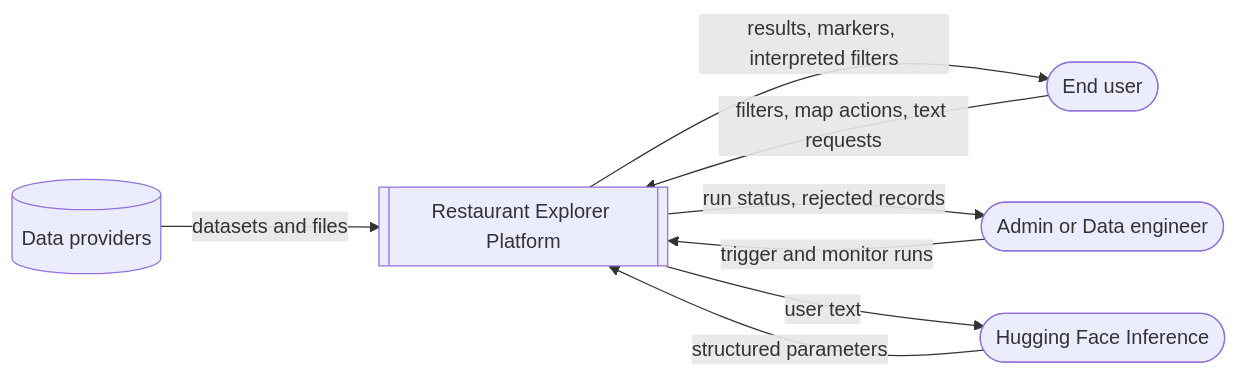
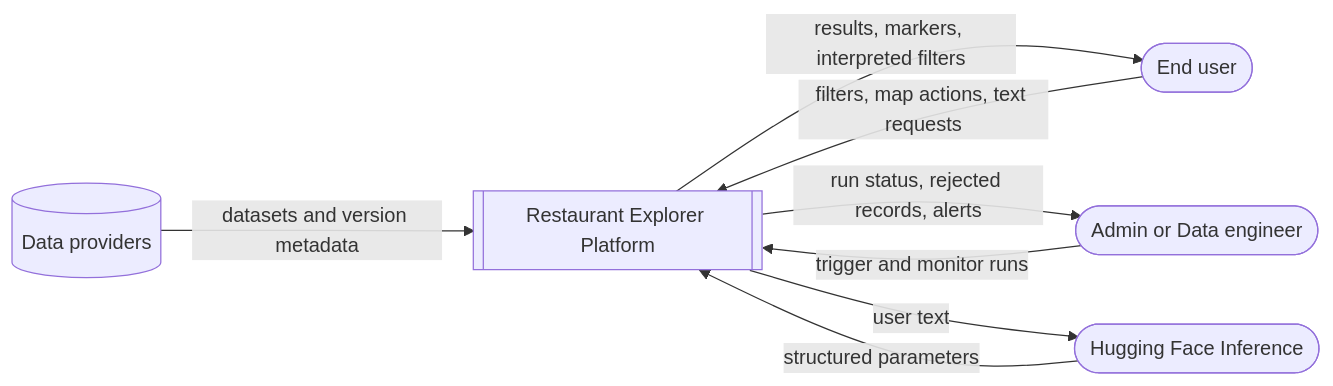
One commit to Ziad17-Ai/Global-Restaurant-Explorer- changed the first of 9 diagrams in docs/ARCHITECTURE.md. Above: the diagram before and after it, drawn with Mermaid. The commit also changed other lines of this file and 7 other files, not shown here.

Commit message:
docs(docs): align core architecture, srs, style, and agent guide

````diff
--- a/docs/ARCHITECTURE.md
+++ b/docs/ARCHITECTURE.md
@@ -22,15 +37,15 @@
 ```mermaid
 flowchart LR
     SRC[("Data providers")]
     USER([End user])
     ADMIN([Admin or Data engineer])
     HF([Hugging Face Inference])
     SYS[["Restaurant Explorer Platform"]]
-    SRC -->|"datasets and files"| SYS
+    SRC -->|"datasets and version metadata"| SYS
     USER -->|"filters, map actions, text requests"| SYS
     SYS -->|"results, markers, interpreted filters"| USER
     ADMIN -->|"trigger and monitor runs"| SYS
-    SYS -->|"run status, rejected records"| ADMIN
+    SYS -->|"run status, rejected records, alerts"| ADMIN
     SYS -->|"user text"| HF
     HF -->|"structured parameters"| SYS
 ```
````
